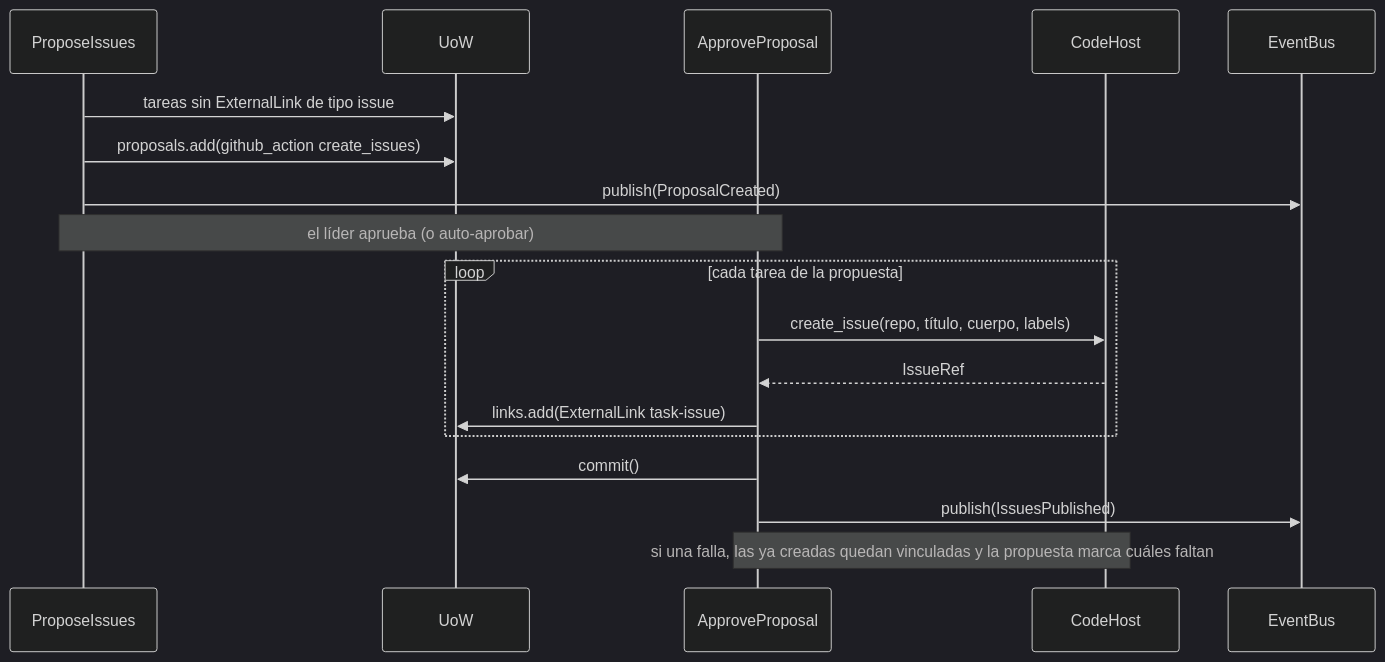
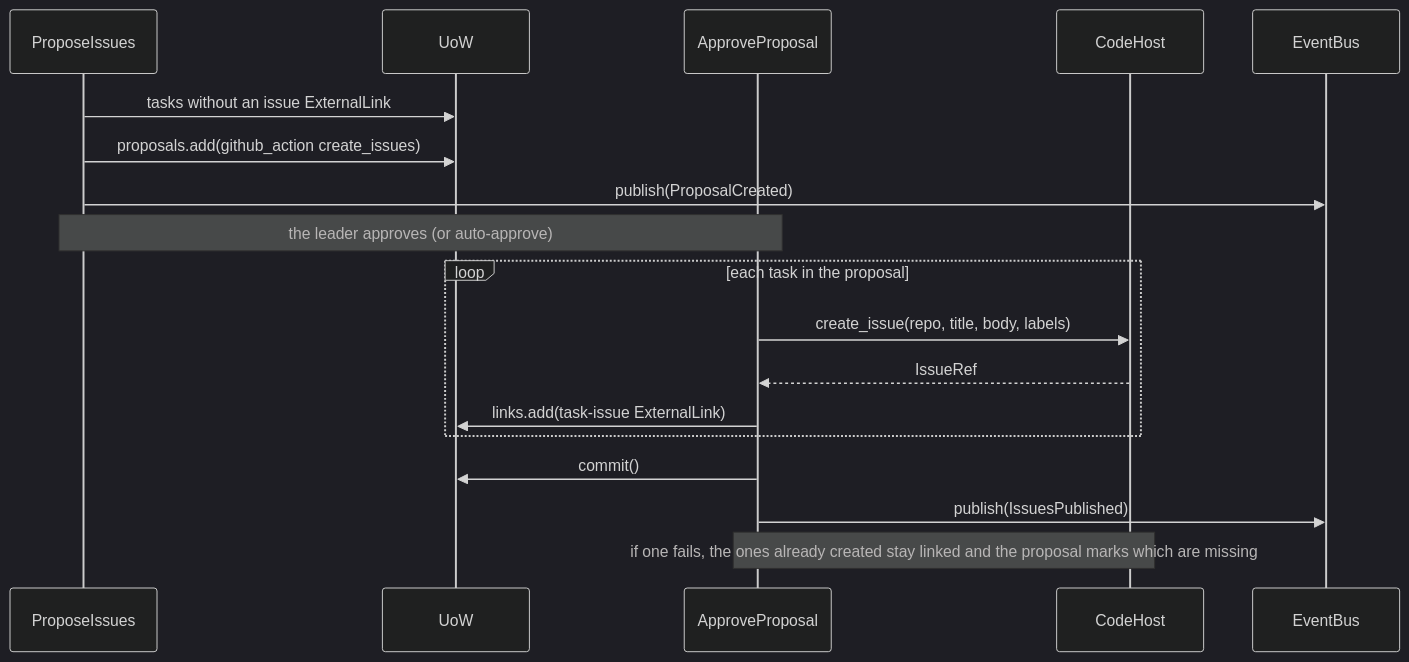
One commit to Mitchz01/TransparencIA changed diagram 14 of 18 in plan/use-cases.md. Above: the diagram before and after it, drawn with Mermaid (dark theme). The commit also changed other lines of this file and 68 other files, not shown here.

First line of the commit message:
Translate the repo to English and fold tasks into plan.md

````diff
--- a/plan/use-cases.md
+++ b/plan/use-cases.md
@@ -449,21 +453,21 @@
 ```mermaid
 sequenceDiagram
     participant UC as ProposeIssues
     participant UoW
     participant AP as ApproveProposal
     participant CH as CodeHost
     participant Bus as EventBus
 
-    UC->>UoW: tareas sin ExternalLink de tipo issue
+    UC->>UoW: tasks without an issue ExternalLink
     UC->>UoW: proposals.add(github_action create_issues)
     UC->>Bus: publish(ProposalCreated)
-    Note over UC,AP: el líder aprueba (o auto-aprobar)
-    loop cada tarea de la propuesta
-        AP->>CH: create_issue(repo, título, cuerpo, labels)
+    Note over UC,AP: the leader approves (or auto-approve)
+    loop each task in the proposal
+        AP->>CH: create_issue(repo, title, body, labels)
         CH-->>AP: IssueRef
-        AP->>UoW: links.add(ExternalLink task-issue)
+        AP->>UoW: links.add(task-issue ExternalLink)
     end
     AP->>UoW: commit()
     AP->>Bus: publish(IssuesPublished)
-    Note over AP,CH: si una falla, las ya creadas quedan vinculadas y la propuesta marca cuáles faltan
+    Note over AP,CH: if one fails, the ones already created stay linked and the proposal marks which are missing
 ```
````
